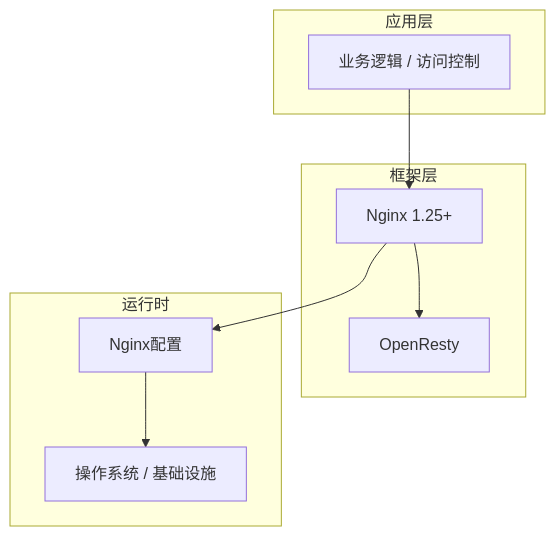
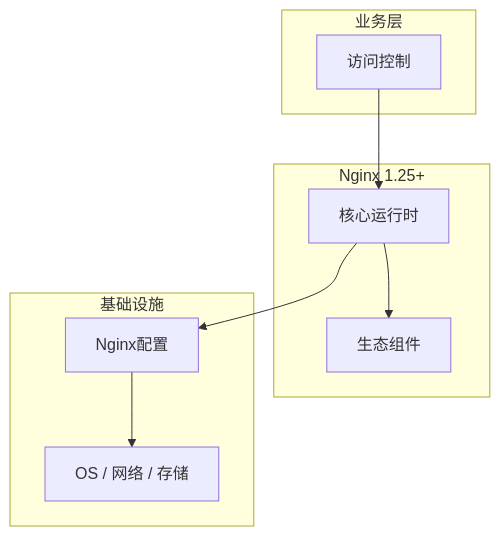
One commit to yanggan2015/knowledge-json-v2 changed the diagram in articles/Nginx/chapters/061-访问控制核心概念与原理.md. Above: the diagram before and after it, drawn with Mermaid. The commit also changed other lines of this file and 10127 other files, not shown here.

````diff
--- a/articles/Nginx/chapters/061-访问控制核心概念与原理.md
+++ b/articles/Nginx/chapters/061-访问控制核心概念与原理.md
@@ -45,18 +34,18 @@
 ```mermaid
 graph TB
-    subgraph 应用层
-        A[业务逻辑 / 访问控制]
+    subgraph 业务层
+        A[访问控制]
     end
-    subgraph 框架层
-        B[Nginx 1.25+]
-        C[OpenResty]
+    subgraph Nginx 1.25+
+        B[核心运行时]
+        C[生态组件]
     end
-    subgraph 运行时
+    subgraph 基础设施
         D[Nginx配置]
-        E[操作系统 / 基础设施]
+        E[OS / 网络 / 存储]
     end
     A --> B
     B --> C
     B --> D
     D --> E
 ```
````
